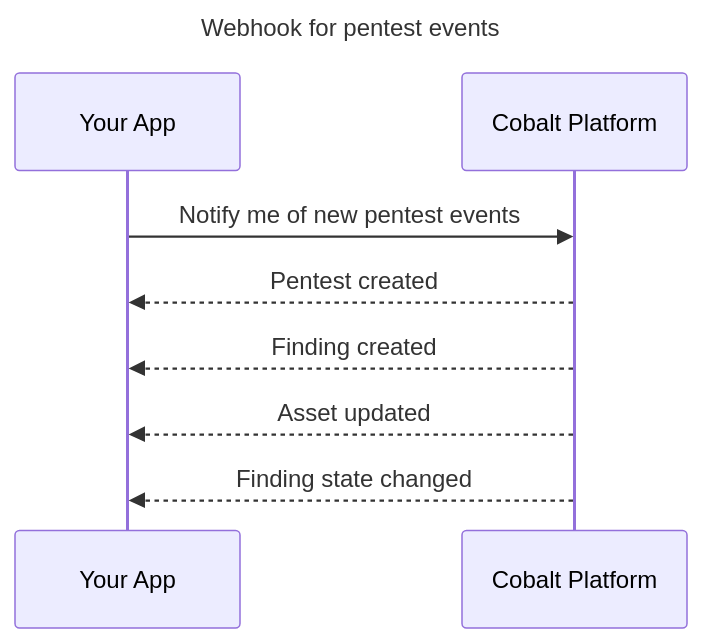
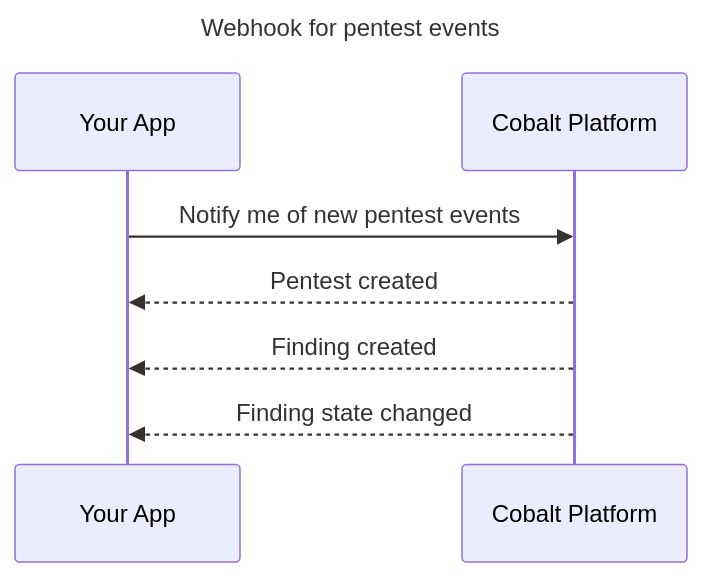
One commit to cobalthq/cobalt-product-public-docs changed the diagram in content/en/Integrations/webhooks.md. Above: the diagram before and after it, drawn with Mermaid. The commit also changed other lines of this file, not shown here.

```diff
--- a/content/en/Integrations/webhooks.md
+++ b/content/en/Integrations/webhooks.md
@@ -20,9 +20,8 @@
 {{< mermaid align="left" theme="default" >}}
 sequenceDiagram
   title Webhook for pentest events
    Your App->>Cobalt Platform: Notify me of new pentest events
    Cobalt Platform-->>Your App: Pentest created
    Cobalt Platform-->>Your App: Finding created
-   Cobalt Platform-->>Your App: Asset updated
    Cobalt Platform-->>Your App: Finding state changed
 {{< /mermaid >}}
```
